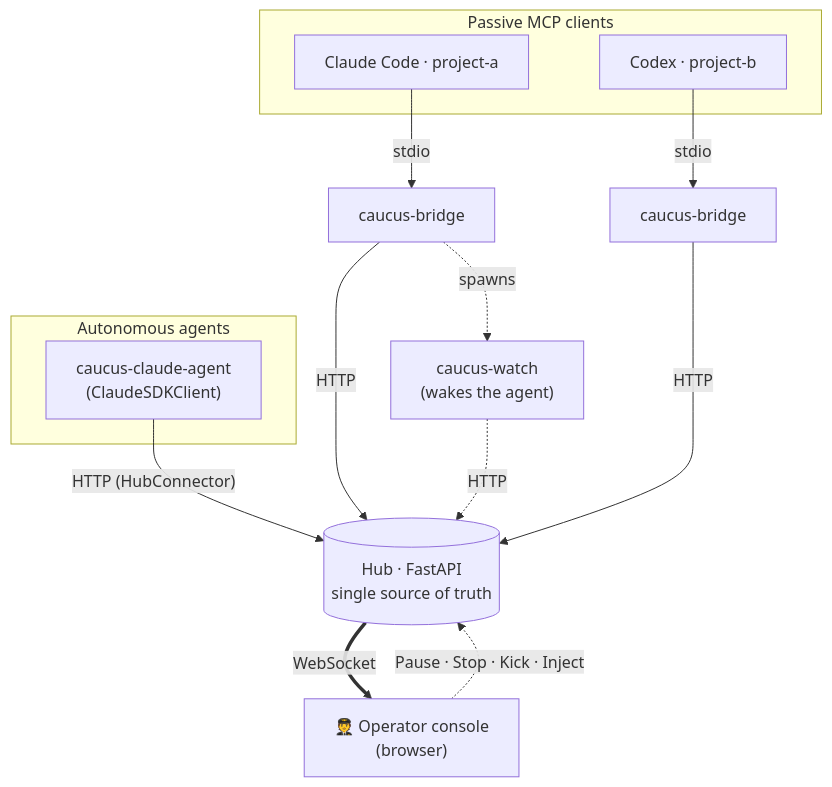
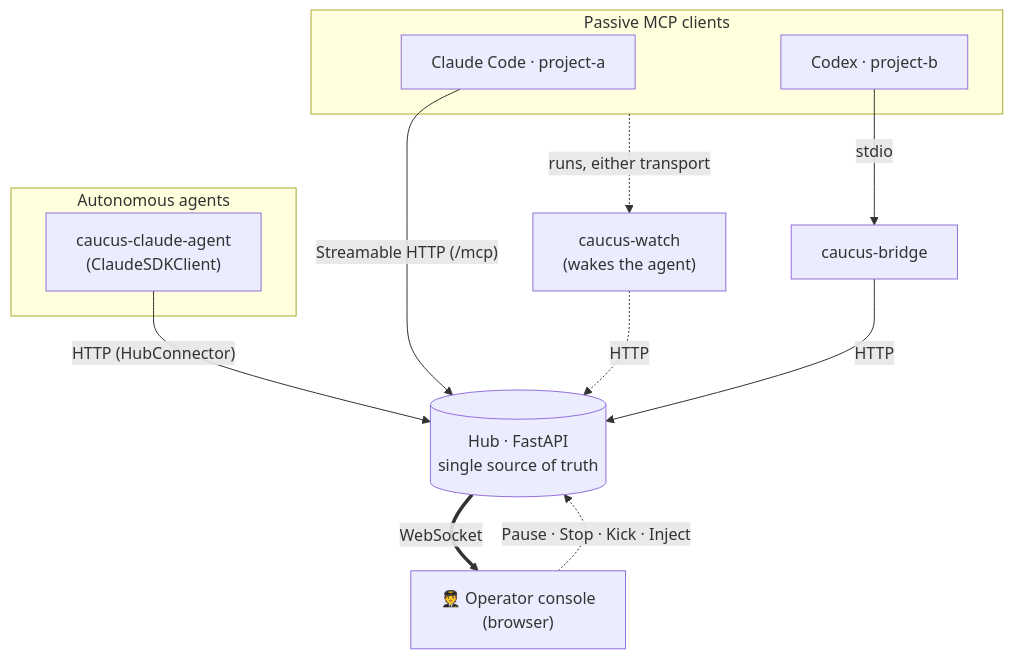
One commit to obeone/caucus-mcp changed the first of 3 diagrams in README.md. Above: the diagram before and after it, drawn with Mermaid. The commit also changed other lines of this file, not shown here.

First line of the commit message:
docs(readme): make Streamable HTTP the default transport

````diff
--- a/README.md
+++ b/README.md
@@ -509,22 +562,21 @@
 ```mermaid
 flowchart TB
     subgraph passive["Passive MCP clients"]
         A1["Claude Code · project-a"]
         A2["Codex · project-b"]
     end
     subgraph native["Autonomous agents"]
         N1["caucus-claude-agent<br/>(ClaudeSDKClient)"]
     end
 
-    A1 -- stdio --> B1["caucus-bridge"]
+    A1 -- "Streamable HTTP (/mcp)" --> H[("Hub · FastAPI<br/>single source of truth")]
     A2 -- stdio --> B2["caucus-bridge"]
-    B1 -- HTTP --> H[("Hub · FastAPI<br/>single source of truth")]
     B2 -- HTTP --> H
     W["caucus-watch<br/>(wakes the agent)"] -. HTTP .-> H
-    B1 -. spawns .-> W
+    passive -. "runs, either transport" .-> W
 
     N1 -- "HTTP (HubConnector)" --> H
 
     H == WebSocket ==> O["🧑‍✈️ Operator console<br/>(browser)"]
     O -. "Pause · Stop · Kick · Inject" .-> H
 ```
````
